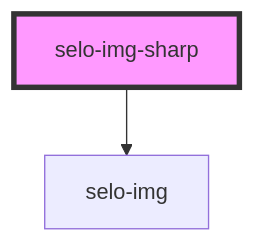
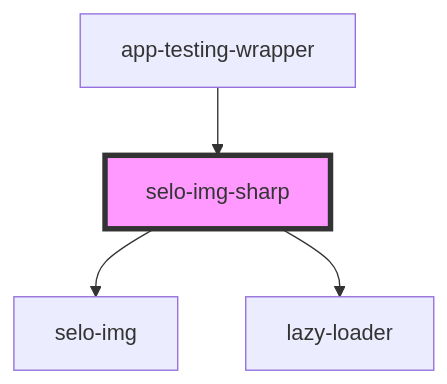
The diagram in src/components/selo-img-sharp/readme.md (selodev/selo-image-sharp), drawn with Mermaid before and after one commit. The commit also changed other lines of this file and 50 other files, not shown here.

````diff
--- a/src/components/selo-img-sharp/readme.md
+++ b/src/components/selo-img-sharp/readme.md
@@ -24,5 +33,7 @@
 ```mermaid
 graph TD;
   selo-img-sharp --> selo-img
+  selo-img-sharp --> lazy-loader
+  app-testing-wrapper --> selo-img-sharp
   style selo-img-sharp fill:#f9f,stroke:#333,stroke-width:4px
 ```
````
